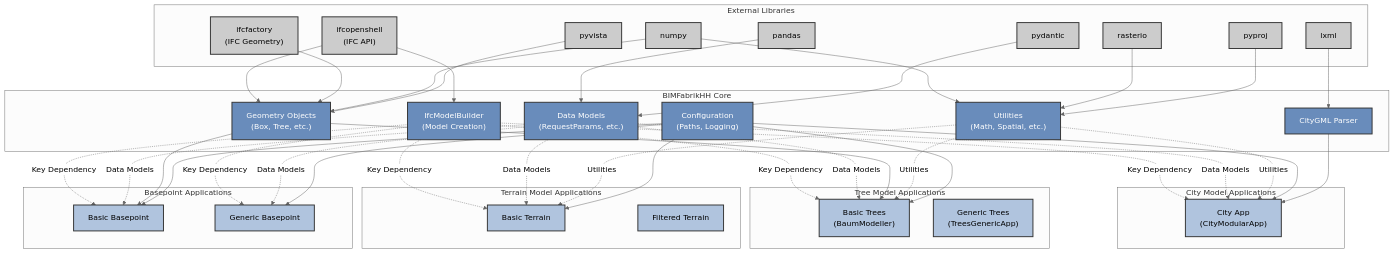
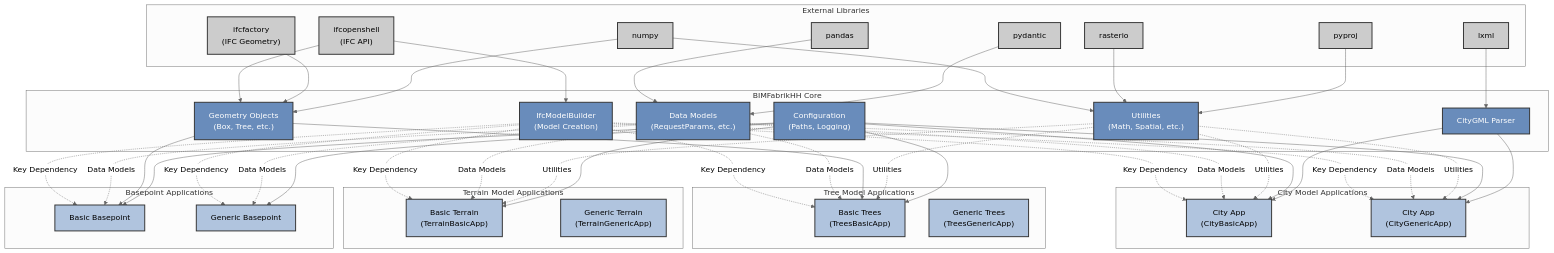
The diagram in README.md (LGV-BIM-Leitstelle/BIMFabrikHH_core), drawn with Mermaid (neutral theme) before and after one commit. The commit also changed other lines of this file and 58 other files, not shown here.

Commit message:
Add basic and generic IFC export applications, update documentation, and introduce terrain mesh input record

````diff
--- a/README.md
+++ b/README.md
@@ -117,7 +126,6 @@
         numpy["numpy"]
         pandas["pandas"]
         pydantic["pydantic"]
-        pyvista["pyvista"]
         rasterio["rasterio"]
         pyproj["pyproj"]
         lxml["lxml"]
@@ -135,17 +143,18 @@
     
     %% Applications
     subgraph city_apps ["City Model Applications"]
-        city_app["City App<br/>(CityModularApp)"]
+        city_basic["City App<br/>(CityBasicApp)"]
+        city_generic["City App<br/>(CityGenericApp)"]
     end
     
     subgraph tree_apps ["Tree Model Applications"]
-        trees_basic["Basic Trees<br/>(BaumModeller)"]
+        trees_basic["Basic Trees<br/>(TreesBasicApp)"]
         trees_generic["Generic Trees<br/>(TreesGenericApp)"]
     end
     
     subgraph terrain_apps ["Terrain Model Applications"]
-        terrain_basic["Basic Terrain"]
-        terrain_filtered["Filtered Terrain"]
+        terrain_basic["Basic Terrain<br/>(TerrainBasicApp)"]
+        terrain_generic["Generic Terrain<br/>(TerrainGenericApp)"]
     end
     
     subgraph basepoint_apps ["Basepoint Applications"]
@@ -161,20 +170,21 @@
     numpy --> utils
     pandas --> data_models
     pydantic --> data_models
-    pyvista --> geometry
     rasterio --> utils
     pyproj --> utils
     lxml --> city_parser
     
     %% Core to Applications - Key relationships
-    ifc_modelbuilder -.->|Key Dependency| city_app
+    ifc_modelbuilder -.->|Key Dependency| city_basic
+    ifc_modelbuilder -.->|Key Dependency| city_generic
     ifc_modelbuilder -.->|Key Dependency| trees_basic
     ifc_modelbuilder -.->|Key Dependency| terrain_basic
     ifc_modelbuilder -.->|Key Dependency| basepoint_basic
     ifc_modelbuilder -.->|Key Dependency| basepoint_generic
     
     %% Data model dependencies
-    data_models -.->|Data Models| city_app
+    data_models -.->|Data Models| city_basic
+    data_models -.->|Data Models| city_generic
     data_models -.->|Data Models| trees_basic
     data_models -.->|Data Models| terrain_basic
     data_models -.->|Data Models| basepoint_basic
@@ -185,26 +195,29 @@
     geometry --> basepoint_basic
     
     %% Utility dependencies
-    utils -.->|Utilities| city_app
+    utils -.->|Utilities| city_basic
+    utils -.->|Utilities| city_generic
     utils -.->|Utilities| trees_basic
     utils -.->|Utilities| terrain_basic
     
     %% Configuration dependencies
-    config --> city_app
+    config --> city_basic
+    config --> city_generic
     config --> trees_basic
     config --> terrain_basic
     config --> basepoint_basic
     config --> basepoint_generic
     
     %% Internal dependencies
-    city_parser --> city_app
+    city_parser --> city_basic
+    city_parser --> city_generic
     
     %% Styling
     classDef externalStyle fill:#cccccc,stroke:#333,stroke-width:2px
     classDef coreStyle fill:#698cbb,stroke:#333,stroke-width:2px,color:#fff
     classDef appStyle fill:#b0c4de,stroke:#333,stroke-width:2px
     
-    class ifcopenshell,ifcfactory,numpy,pandas,pydantic,pyvista,rasterio,pyproj,lxml externalStyle
+    class ifcopenshell,ifcfactory,numpy,pandas,pydantic,rasterio,pyproj,lxml externalStyle
     class ifc_modelbuilder,geometry,data_models,utils,city_parser,config coreStyle
-    class city_app,trees_basic,trees_generic,terrain_basic,terrain_filtered,basepoint_basic,basepoint_generic appStyle
+    class city_basic,city_generic,trees_basic,trees_generic,terrain_basic,terrain_generic,basepoint_basic,basepoint_generic appStyle
 ```
````
